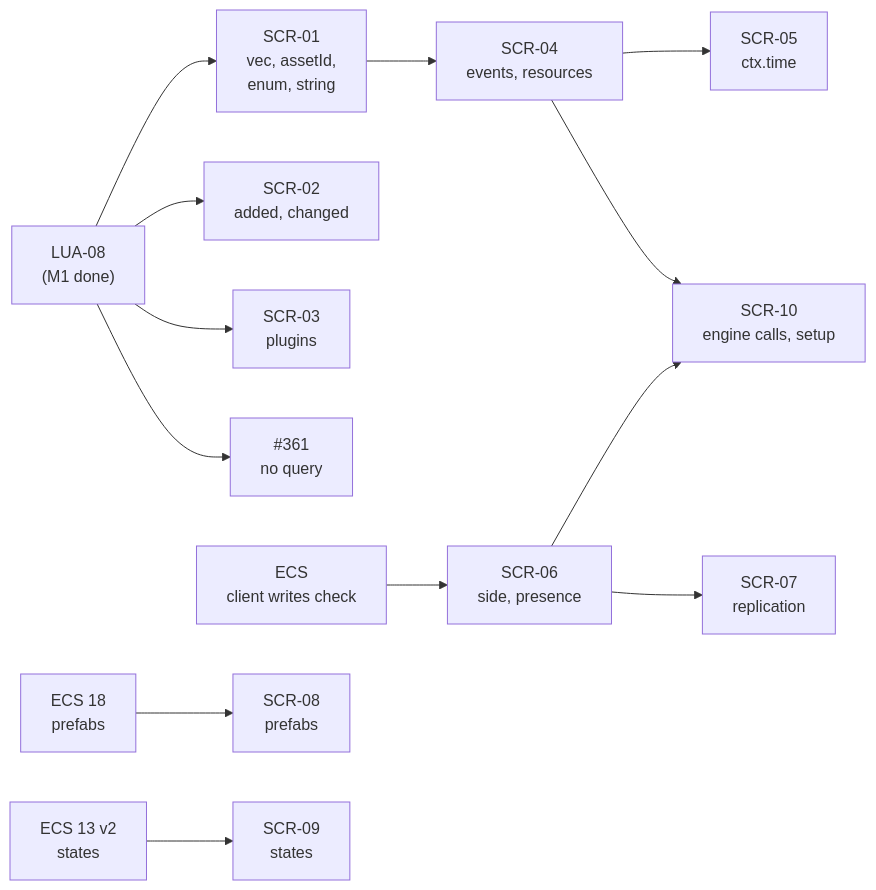
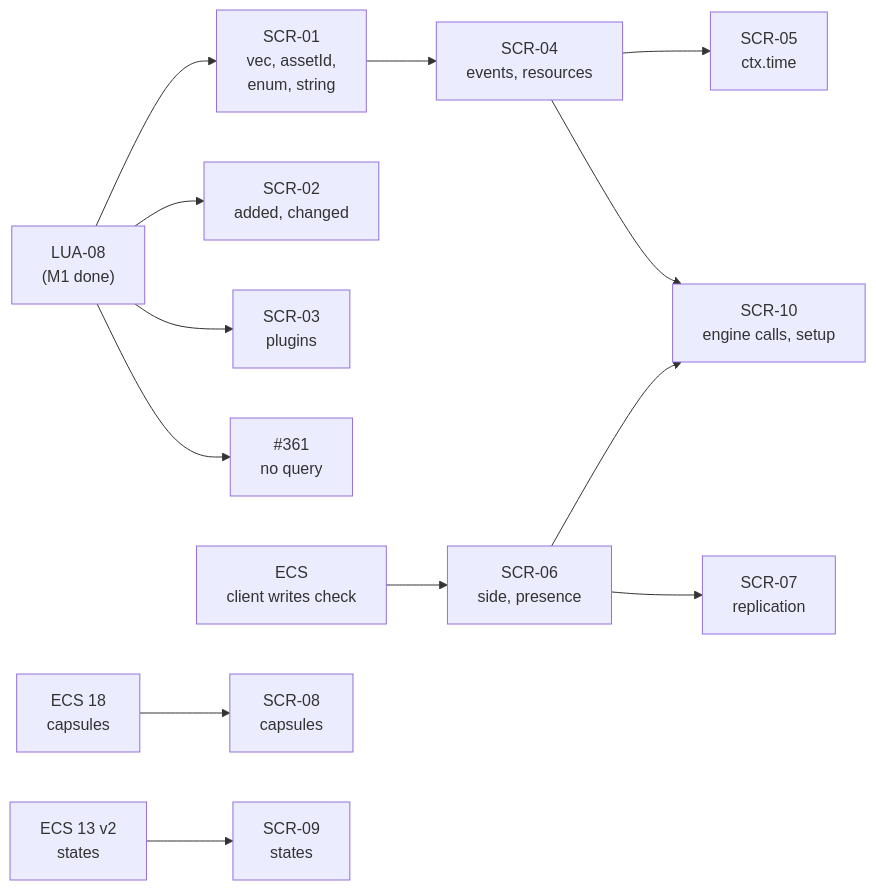
One commit to Charles-Mahoudeau/rtype changed the first of 2 diagrams in docs/scripting/plan.md. Above: the diagram before and after it, drawn with Mermaid. The commit also changed other lines of this file and 9 other files, not shown here.

````diff
--- a/docs/scripting/plan.md
+++ b/docs/scripting/plan.md
@@ -755,15 +759,15 @@
 ```mermaid
 flowchart LR
     L08["LUA-08<br/>(M1 done)"] --> S09["SCR-01<br/>vec, assetId,<br/>enum, string"]
     L08 --> S10["SCR-02<br/>added, changed"]
     L08 --> S11["SCR-03<br/>plugins"]
     L08 --> I361["#361<br/>no query"]
     S09 --> S12["SCR-04<br/>events, resources"]
     S12 --> S13["SCR-05<br/>ctx.time"]
     E19["ECS<br/>client writes check"] --> S14["SCR-06<br/>side, presence"]
     S14 --> S15["SCR-07<br/>replication"]
     S12 --> S18["SCR-10<br/>engine calls, setup"]
     S14 --> S18
-    E18["ECS 18<br/>prefabs"] --> S16["SCR-08<br/>prefabs"]
+    E18["ECS 18<br/>capsules"] --> S16["SCR-08<br/>capsules"]
     E13["ECS 13 v2<br/>states"] --> S17["SCR-09<br/>states"]
 ```
````
